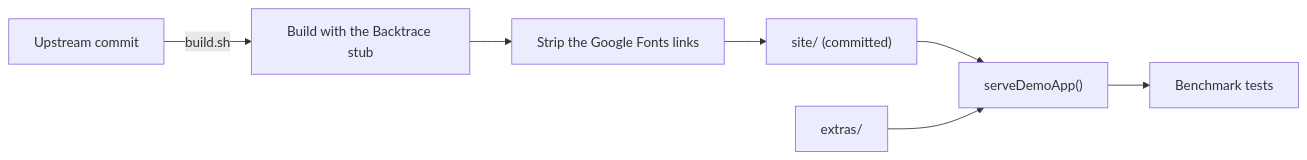
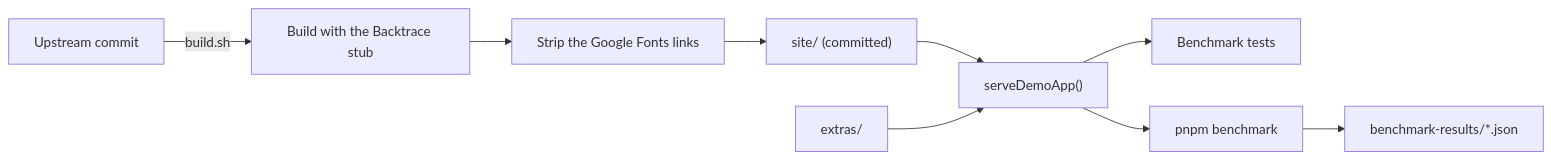
The diagram in docs/tech/benchmark.md (yike2/Jevwright), drawn with Mermaid before and after one commit. The commit also changed other lines of this file, not shown here.

First line of the commit message:
docs(benchmark): define the suite and the benchmark run (#30)

````diff
--- a/docs/tech/benchmark.md
+++ b/docs/tech/benchmark.md
@@ -106,9 +136,11 @@
 ```mermaid
 flowchart LR
   U[Upstream commit] -->|build.sh| B[Build with the Backtrace stub]
   B --> F[Strip the Google Fonts links]
   F --> S["site/ (committed)"]
   S --> SV["serveDemoApp()"]
   E[extras/] --> SV
   SV --> T[Benchmark tests]
+  SV --> R[pnpm benchmark]
+  R --> J["benchmark-results/*.json"]
 ```
````
